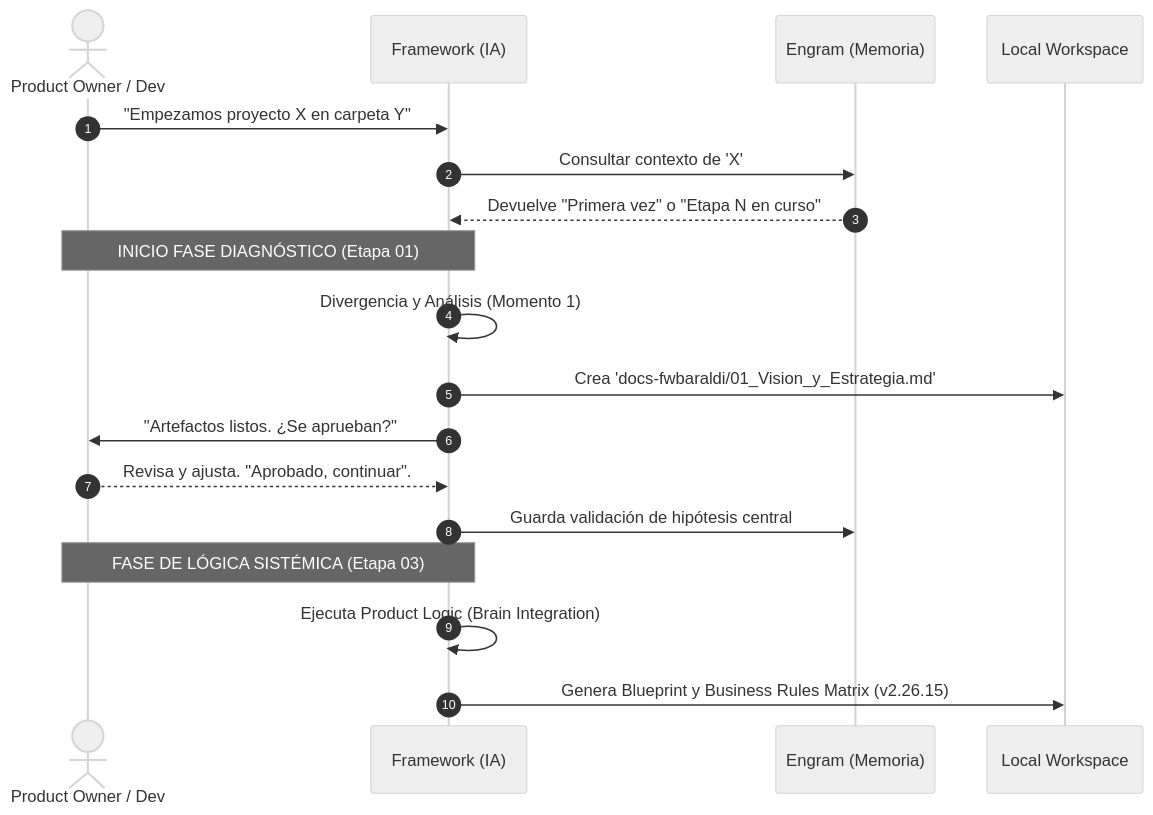
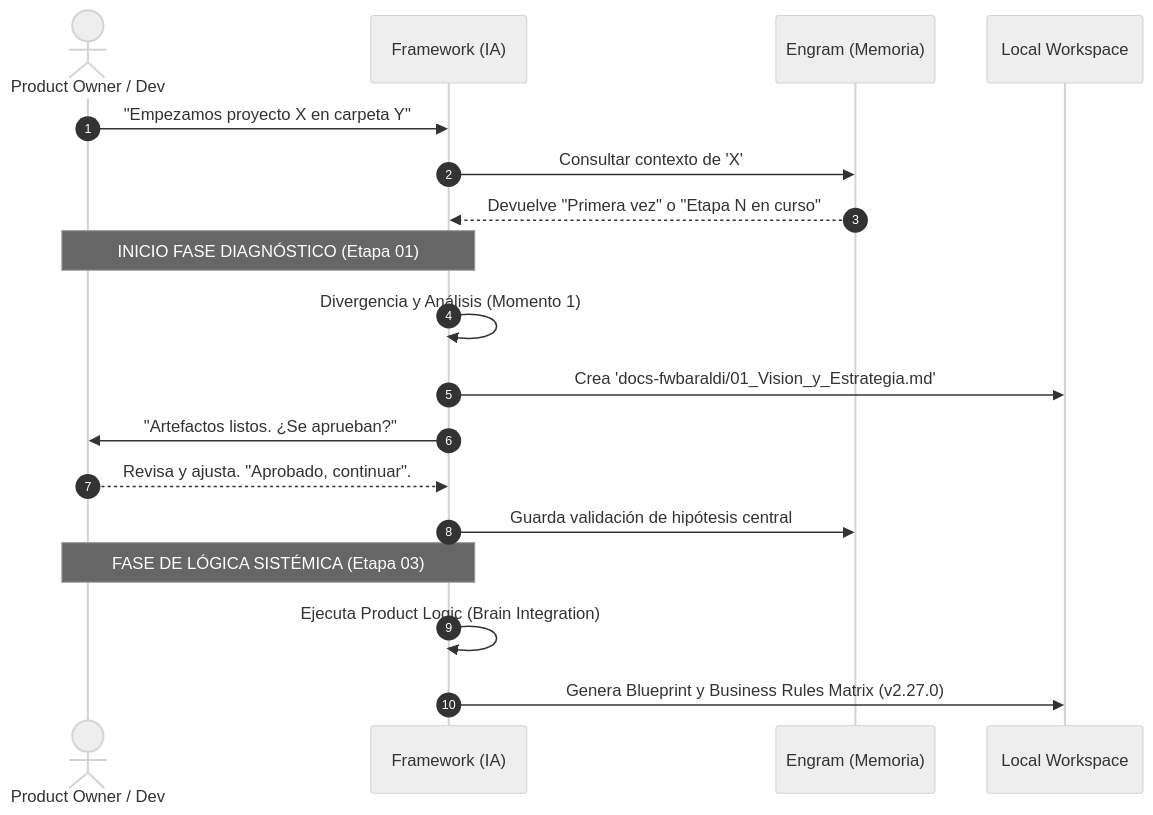
One commit to leobaraldi96/fwbaraldi changed the second of 2 diagrams in ARQUITECTURA_CORE.md. Above: the diagram before and after it, drawn with Mermaid (neutral theme). The commit also changed other lines of this file and 16 other files, not shown here.

````diff
--- a/ARQUITECTURA_CORE.md
+++ b/ARQUITECTURA_CORE.md
@@ -79,26 +79,26 @@
 ```mermaid
 sequenceDiagram
     autonumber
     actor Humano as Product Owner / Dev
     participant IA as Framework (IA)
     participant E as Engram (Memoria)
     participant FS as Local Workspace
 
     Humano->>IA: "Empezamos proyecto X en carpeta Y"
     IA->>E: Consultar contexto de 'X'
     E-->>IA: Devuelve "Primera vez" o "Etapa N en curso"
     
     note over IA,Humano: INICIO FASE DIAGNÓSTICO (Etapa 01)
     IA->>IA: Divergencia y Análisis (Momento 1)
     
     IA->>FS: Crea 'docs-fwbaraldi/01_Vision_y_Estrategia.md'
     IA->>Humano: "Artefactos listos. ¿Se aprueban?"
     
     Humano-->>IA: Revisa y ajusta. "Aprobado, continuar".
     
     IA->>E: Guarda validación de hipótesis central
     
     note over IA,Humano: FASE DE LÓGICA SISTÉMICA (Etapa 03)
     IA->>IA: Ejecuta Product Logic (Brain Integration)
-    IA->>FS: Genera Blueprint y Business Rules Matrix (v2.26.15)
+    IA->>FS: Genera Blueprint y Business Rules Matrix (v2.27.0)
 ```
````
